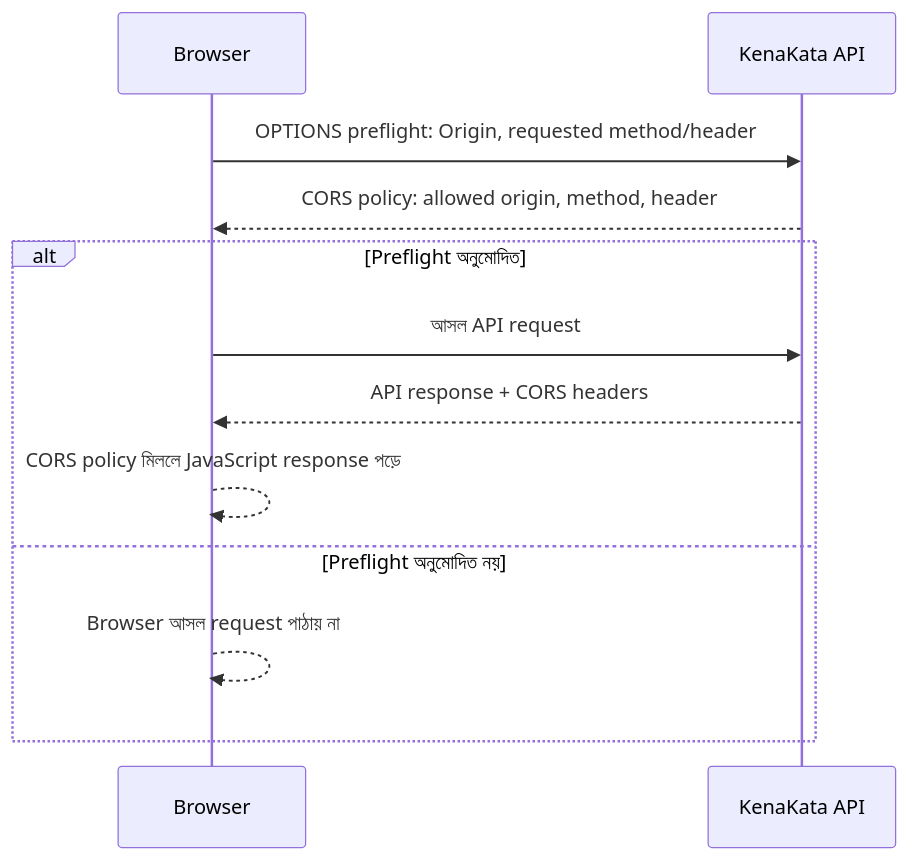
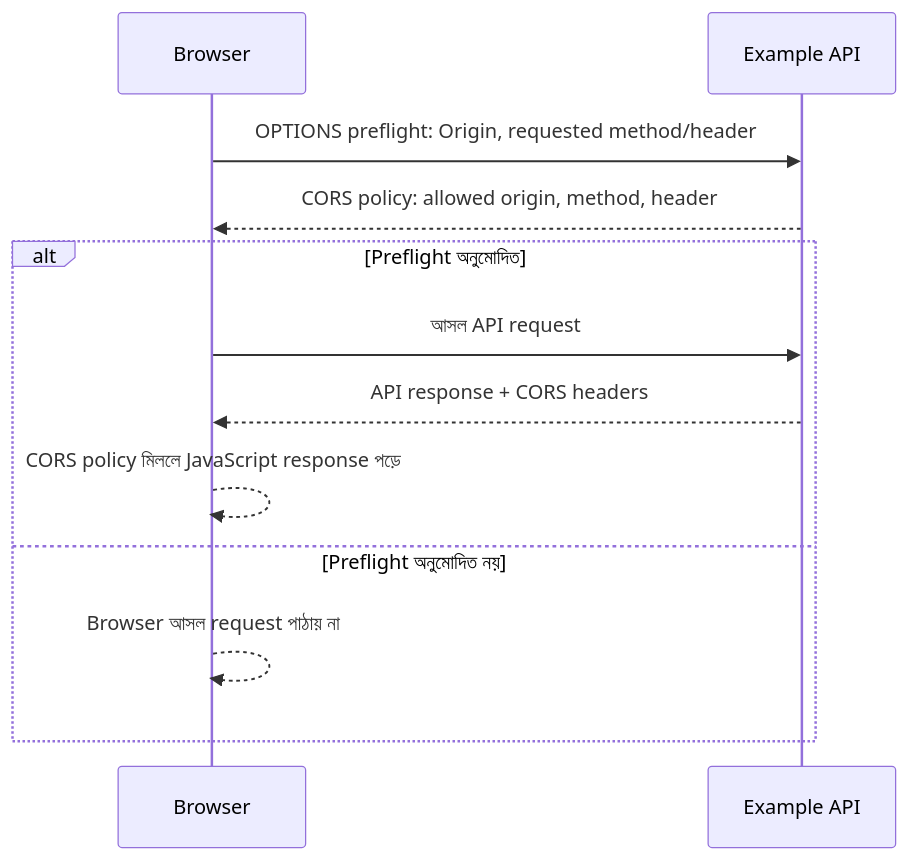
The second of 3 diagrams in series/season-1-browser-session-token/07-cors/README.md (shomi-khan/auth-security-journey), drawn with Mermaid before and after one commit. The commit also changed other lines of this file, not shown here.

````diff
--- a/series/season-1-browser-session-token/07-cors/README.md
+++ b/series/season-1-browser-session-token/07-cors/README.md
@@ -58,14 +58,14 @@
 ```mermaid
 sequenceDiagram
     participant B as Browser
-    participant A as KenaKata API
+    participant A as Example API
     B->>A: OPTIONS preflight: Origin, requested method/header
     A-->>B: CORS policy: allowed origin, method, header
     alt Preflight অনুমোদিত
         B->>A: আসল API request
         A-->>B: API response + CORS headers
         B-->>B: CORS policy মিললে JavaScript response পড়ে
     else Preflight অনুমোদিত নয়
         B-->>B: Browser আসল request পাঠায় না
     end
 ```
````
